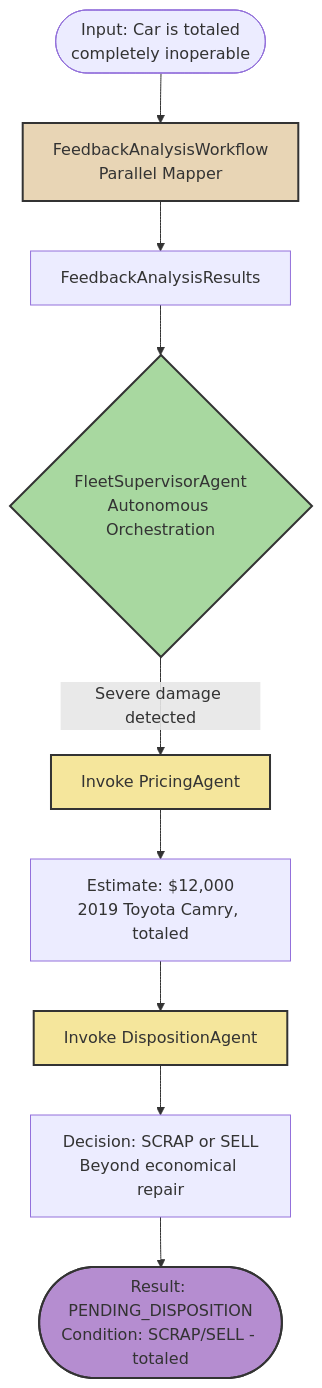
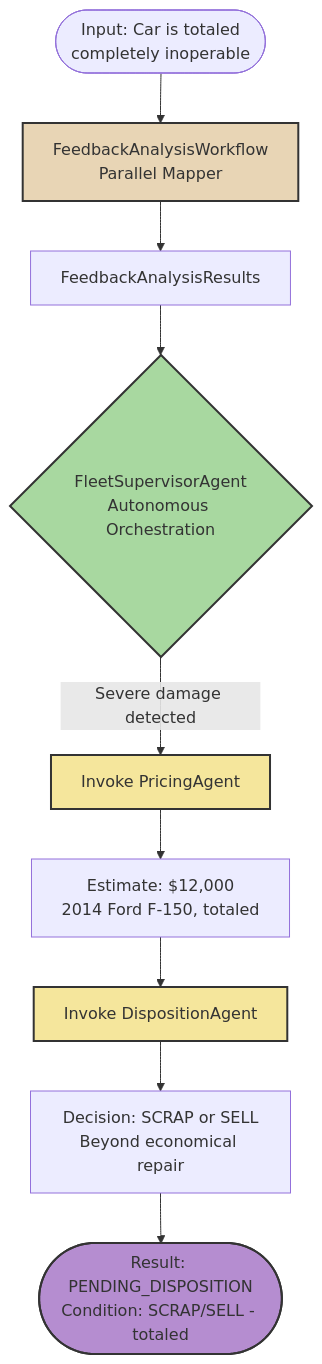
One commit to quarkusio/quarkus-workshop-langchain4j changed the third of 5 diagrams in docs/docs/section-2/step-04.md. Above: the diagram before and after it, drawn with Mermaid. The commit also changed other lines of this file and 14 other files, not shown here.

````diff
--- a/docs/docs/section-2/step-04.md
+++ b/docs/docs/section-2/step-04.md
@@ -472,20 +496,20 @@
 ```mermaid
 flowchart TD
     Start(["Input: Car is totaled<br/>completely inoperable"])
 
     Start --> FW["FeedbackAnalysisWorkflow<br/>Parallel Mapper"]
     FW --> Results["FeedbackAnalysisResults"]
     Results --> FSA{"FleetSupervisorAgent<br/>Autonomous Orchestration"}
 
     FSA -->|"Severe damage detected"| PA["Invoke PricingAgent"]
-    PA --> PV["Estimate: $12,000<br/>2019 Toyota Camry, totaled"]
+    PA --> PV["Estimate: $12,000<br/>2014 Ford F-150, totaled"]
     PV --> DA["Invoke DispositionAgent"]
     DA --> DD["Decision: SCRAP or SELL<br/>Beyond economical repair"]
     DD --> Result(["Result: PENDING_DISPOSITION<br/>Condition: SCRAP/SELL - totaled"])
 
     style FW fill:#e8d5b5,stroke:#333,stroke-width:2,color:#333
     style FSA fill:#a8d8a0,stroke:#333,stroke-width:2,color:#333
     style PA fill:#f5e69c,stroke:#333,stroke-width:2,color:#333
     style DA fill:#f5e69c,stroke:#333,stroke-width:2,color:#333
     style Result fill:#b58dd0,stroke:#333,stroke-width:2,color:#333
 ```
````
